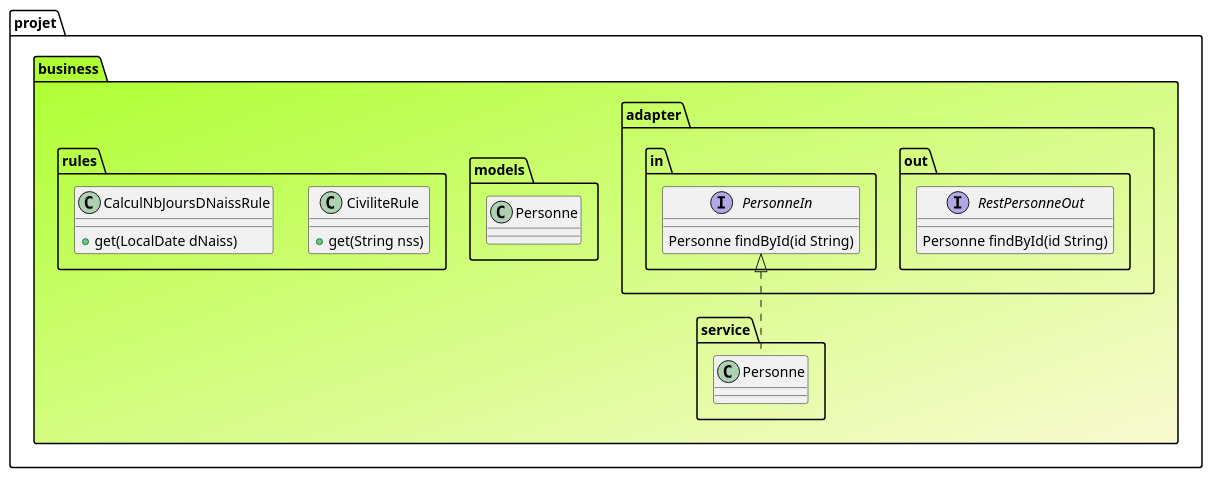
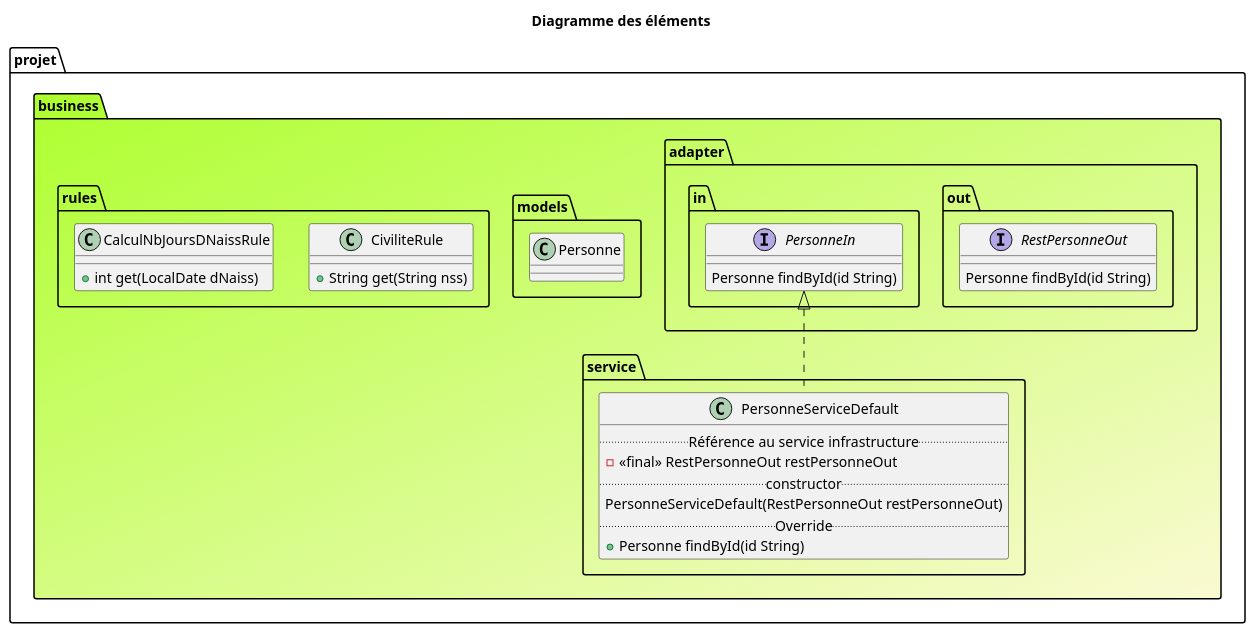
The diagram in images/business/dia_business_ex.puml (stef38-code/structureProjet), drawn with PlantUML before and after one commit. The commit also changed 4 other files, not shown here.

```diff
--- a/images/business/dia_business_ex.puml
+++ b/images/business/dia_business_ex.puml
@@ -1,32 +1,39 @@
 @startuml
+title: Diagramme des éléments
 package projet.business #GreenYellow/LightGoldenRodYellow {
   package projet.business.adapter.out {
   interface RestPersonneOut {
     Personne findById(id String)
   }
   }
   package projet.business.adapter.in {
     interface PersonneIn {
       Personne findById(id String)
     }
     }
   package projet.business.models {
     class Personne{
     }
   }
     package projet.business.rules {
         class CiviliteRule{
-            +get(String nss)
+            +String get(String nss)
         }
         class CalculNbJoursDNaissRule{
-            +get(LocalDate dNaiss)
+            +int get(LocalDate dNaiss)
         }
       }
       package projet.business.service {
-          class Personne implements projet.business.adapter.in.PersonneIn {
+          class PersonneServiceDefault implements projet.business.adapter.in.PersonneIn {
+          .. Référence au service infrastructure ..
+          - <<final>> RestPersonneOut restPersonneOut
+          .. constructor ..
+          PersonneServiceDefault(RestPersonneOut restPersonneOut)
+          .. Override ..
+          +Personne findById(id String)
           }
         }
 }
 
 }
 @enduml
```
